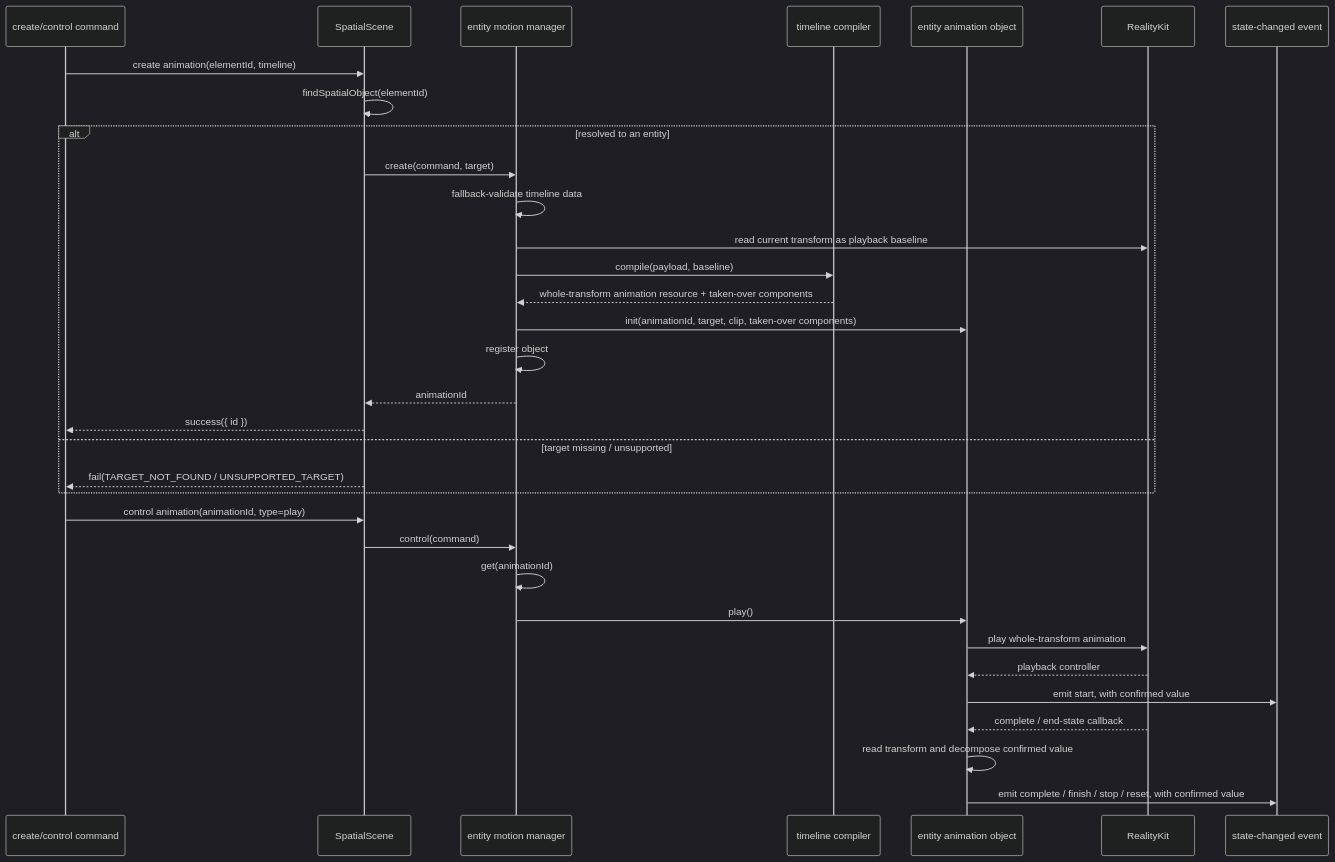
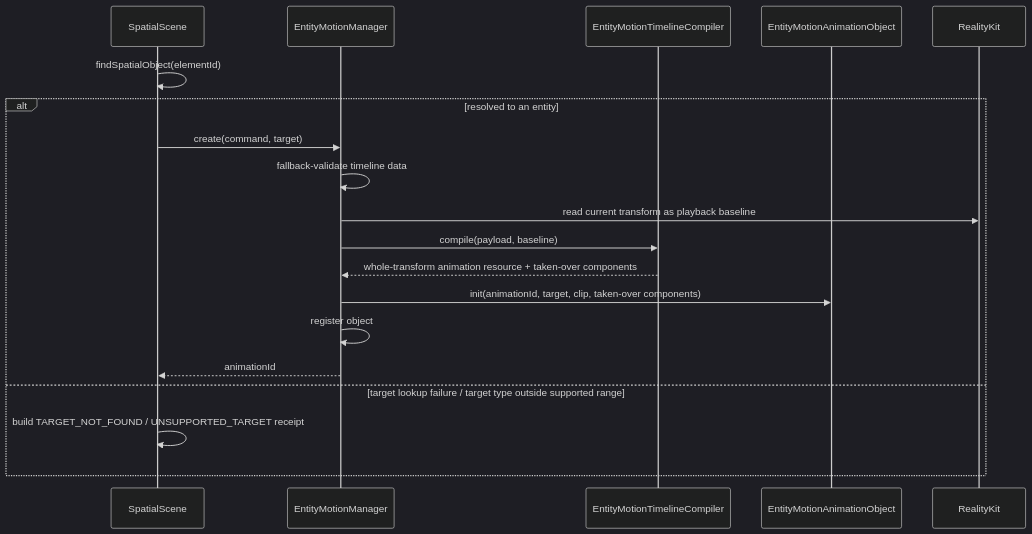
Before and after one commit to webspatial/webspatial-sdk: the tenth of 14 diagrams in openspec/changes/redesign-entity-motion-api/design.md, drawn with Mermaid (dark theme). The commit also changed other lines of this file and 3 other files, not shown here.

Commit message:
update spec structure and diagram

````diff
--- a/openspec/changes/redesign-entity-motion-api/design.md
+++ b/openspec/changes/redesign-entity-motion-api/design.md
@@ -792,37 +900,22 @@
 ```mermaid
 sequenceDiagram
-    participant JSB as create/control command
     participant Scene as SpatialScene
-    participant Manager as entity motion manager
-    participant Compiler as timeline compiler
-    participant Obj as entity animation object
+    participant Manager as EntityMotionManager
+    participant Compiler as EntityMotionTimelineCompiler
+    participant Obj as EntityMotionAnimationObject
     participant RK as RealityKit
-    participant Event as state-changed event
 
-    JSB->>Scene: create animation(elementId, timeline)
     Scene->>Scene: findSpatialObject(elementId)
     alt resolved to an entity
         Scene->>Manager: create(command, target)
         Manager->>Manager: fallback-validate timeline data
         Manager->>RK: read current transform as playback baseline
         Manager->>Compiler: compile(payload, baseline)
         Compiler-->>Manager: whole-transform animation resource + taken-over components
         Manager->>Obj: init(animationId, target, clip, taken-over components)
         Manager->>Manager: register object
         Manager-->>Scene: animationId
-        Scene-->>JSB: success({ id })
-    else target missing / unsupported
-        Scene-->>JSB: fail(TARGET_NOT_FOUND / UNSUPPORTED_TARGET)
+    else target lookup failure / target type outside supported range
+        Scene->>Scene: build TARGET_NOT_FOUND / UNSUPPORTED_TARGET receipt
     end
-
-    JSB->>Scene: control animation(animationId, type=play)
-    Scene->>Manager: control(command)
-    Manager->>Manager: get(animationId)
-    Manager->>Obj: play()
-    Obj->>RK: play whole-transform animation
-    RK-->>Obj: playback controller
-    Obj->>Event: emit start, with confirmed value
-    RK-->>Obj: complete / end-state callback
-    Obj->>Obj: read transform and decompose confirmed value
-    Obj->>Event: emit complete / finish / stop / reset, with confirmed value
 ```
````
